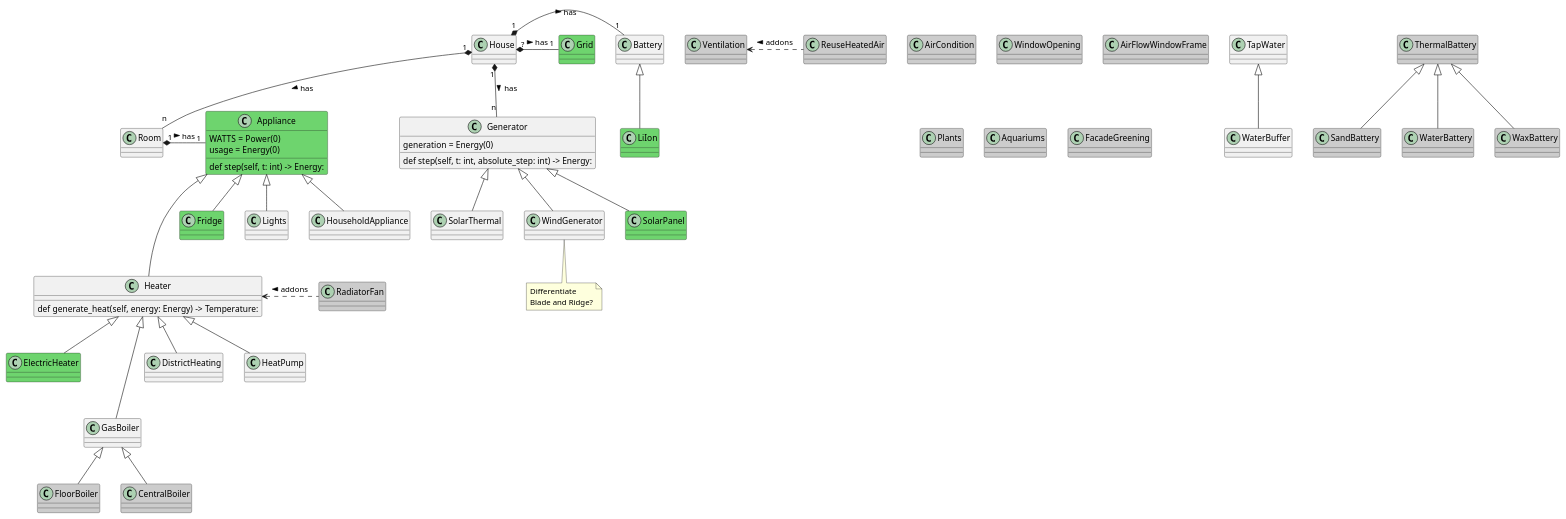
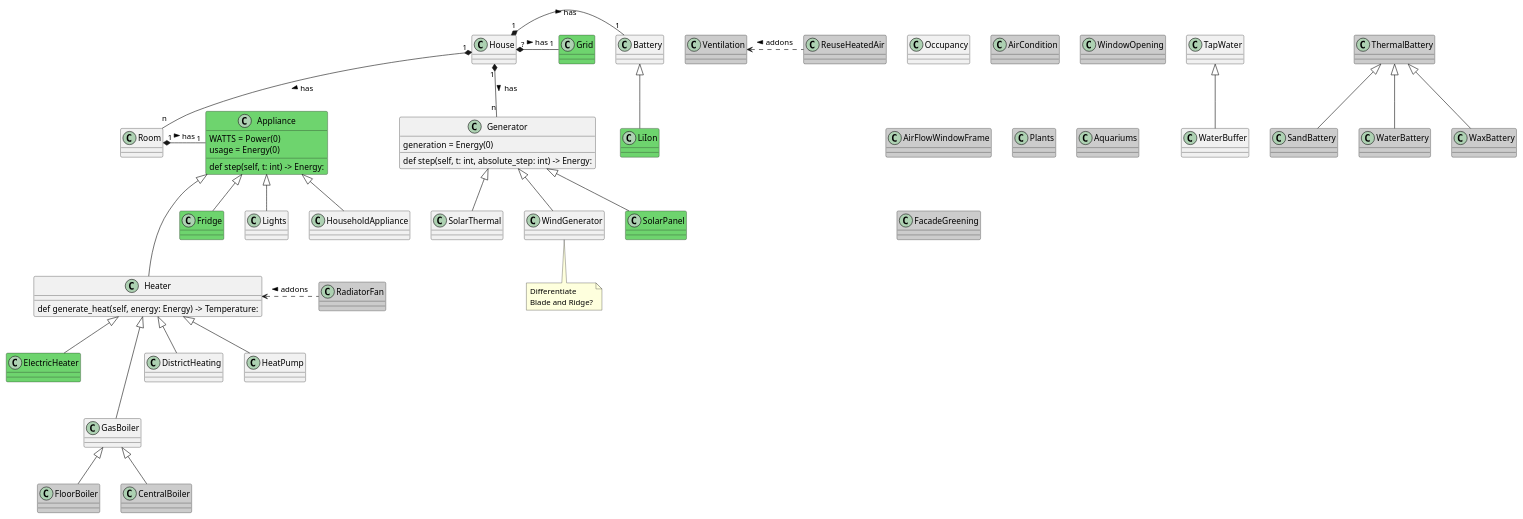
Before and after one commit to wicket1001/the-cube: the diagram in backend/res/Components.puml, drawn with PlantUML.

Commit message:
Added Occupancy to puml.

```diff
--- a/backend/res/Components.puml
+++ b/backend/res/Components.puml
@@ -1,85 +1,87 @@
 @startuml
+
+class Occupancy
 
 class TapWater
 class WaterBuffer
 TapWater <|-- WaterBuffer
 
 class Room
 class Heater
 class Grid #6ED46E
 
 class Battery
 class LiIon #6ED46E
 Battery <|-- LiIon
 
 House "1" *- "1" Battery : has >
 House "?" *- "1" Grid : has >
 House "1" *-- "n" Generator : has >
 
 House "1" *-- "n" Room : has >
 Room "1" *- "1" Appliance : has >
 
 class Appliance #6ED46E {
 {field} WATTS = Power(0)
 {field} usage = Energy(0)
 {method} def step(self, t: int) -> Energy:
 }
 class Fridge #6ED46E
 Appliance <|-- Lights
 Appliance <|-- Fridge
 Appliance <|-- HouseholdAppliance
 
 Appliance <|--- Heater
 
 class Heater {
 def generate_heat(self, energy: Energy) -> Temperature:
 }
 class ElectricHeater #6ED46E
 class GasBoiler
 class FloorBoiler #CCCCCC
 class CentralBoiler #CCCCCC
 class DistrictHeating
 class HeatPump
 Heater <|-- ElectricHeater
 Heater <|--- GasBoiler
 GasBoiler <|-- FloorBoiler
 GasBoiler <|-- CentralBoiler
 Heater <|-- DistrictHeating
 Heater <|-- HeatPump
 
 class Generator {
 {field} generation = Energy(0)
 def step(self, t: int, absolute_step: int) -> Energy:
 }
 class SolarPanel #6ED46E
 class SolarThermal
 class WindGenerator
 Generator <|-- SolarPanel
 Generator <|-- SolarThermal
 Generator <|-- WindGenerator
 
 note bottom of WindGenerator
 Differentiate
 Blade and Ridge?
 end note
 
 class ThermalBattery #CCCCCC
 class SandBattery #CCCCCC
 class WaterBattery #CCCCCC
 class WaxBattery #CCCCCC
 ThermalBattery <|-- SandBattery
 ThermalBattery <|-- WaterBattery
 ThermalBattery <|-- WaxBattery
 
 class RadiatorFan #CCCCCC
 Heater <. RadiatorFan : addons <
 class AirCondition #CCCCCC
 class Ventilation #CCCCCC
 class WindowOpening #CCCCCC
 class AirFlowWindowFrame #CCCCCC
 class Plants #CCCCCC
 class Aquariums #CCCCCC
 class FacadeGreening #CCCCCC
 class ReuseHeatedAir #CCCCCC
 Ventilation <. ReuseHeatedAir : addons <
 @enduml
```
